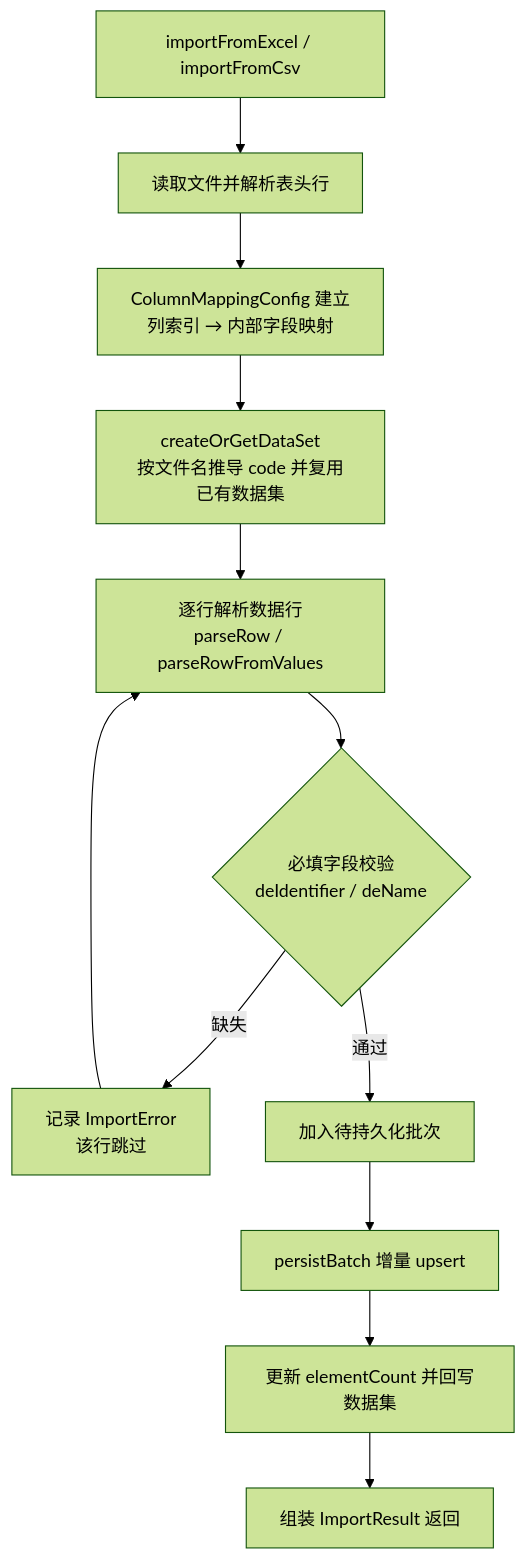
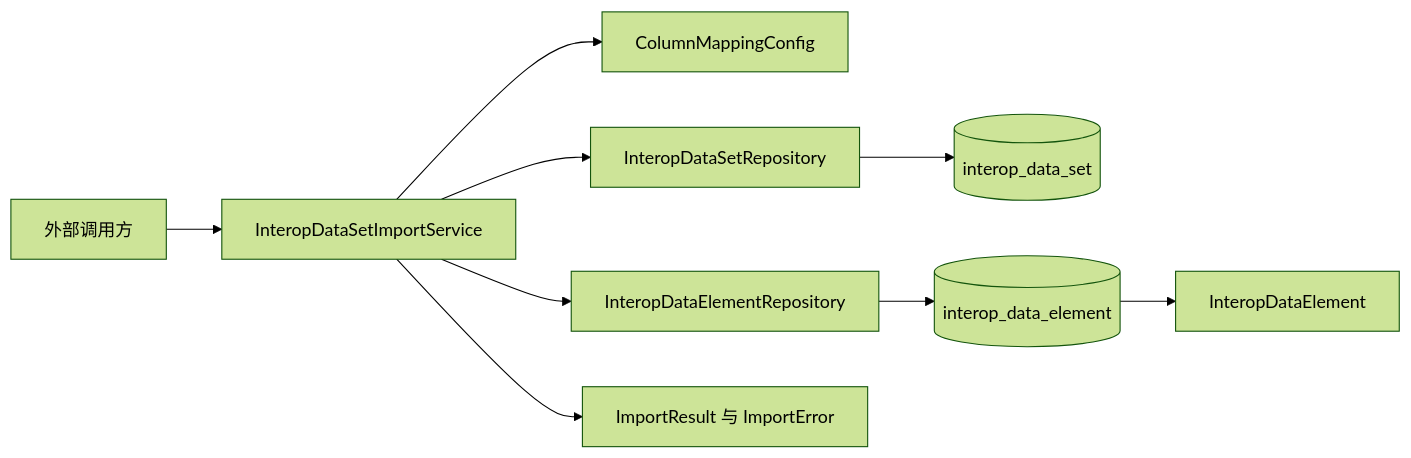
The diagram in docs/architecture/modules/metadata-registry-data-set-registration.md (matrixlane/MetadataRegistry4J), drawn with Mermaid (forest theme) before and after one commit. The commit also changed other lines of this file and 321 other files, not shown here.

````diff
--- a/docs/architecture/modules/metadata-registry-data-set-registration.md
+++ b/docs/architecture/modules/metadata-registry-data-set-registration.md
@@ -114,14 +58,11 @@
 ```mermaid
-flowchart TD
-    A[importFromExcel / importFromCsv] --> B[读取文件并解析表头行]
-    B --> C[ColumnMappingConfig 建立<br>列索引 → 内部字段映射]
-    C --> D[createOrGetDataSet<br>按文件名推导 code 并复用已有数据集]
-    D --> E[逐行解析数据行<br>parseRow / parseRowFromValues]
-    E --> F{必填字段校验<br>deIdentifier / deName}
-    F -- 缺失 --> G[记录 ImportError<br>该行跳过]
-    F -- 通过 --> H[加入待持久化批次]
-    G --> E
-    H --> I[persistBatch 增量 upsert]
-    I --> J[更新 elementCount 并回写数据集]
-    J --> K[组装 ImportResult 返回]
+flowchart LR
+    A["外部调用方"] --> B["InteropDataSetImportService"]
+    B --> C["ColumnMappingConfig"]
+    B --> D["InteropDataSetRepository"]
+    B --> E["InteropDataElementRepository"]
+    B --> F["ImportResult 与 ImportError"]
+    D --> G[("interop_data_set")]
+    E --> H[("interop_data_element")]
+    H --> I["InteropDataElement"]
 ```
````
